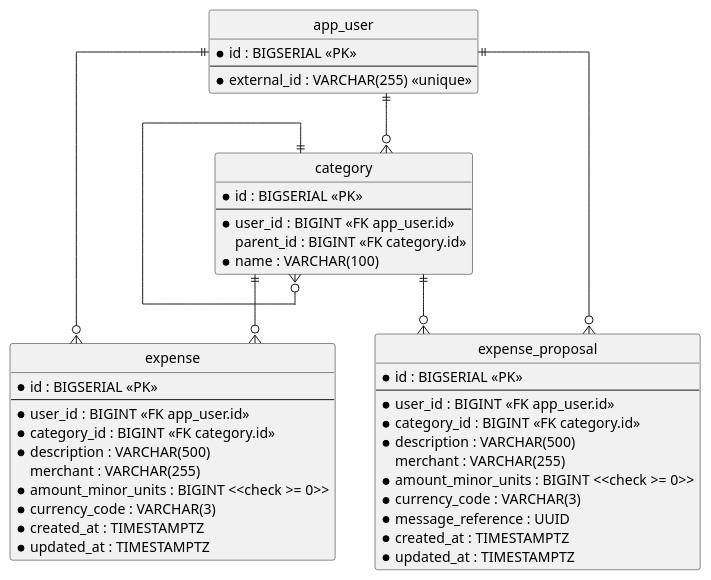
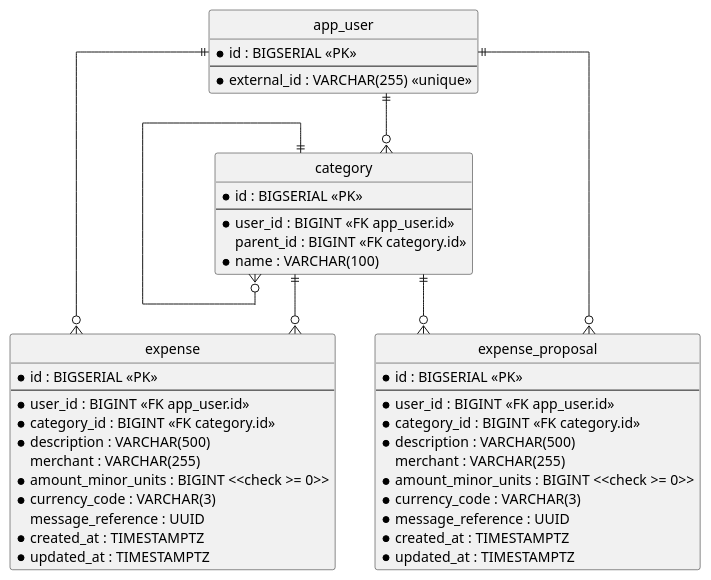
Before and after one commit to ds-usova/finance-bot: the diagram in ledger-service/docs/contracts/out/database.md, drawn with PlantUML. The commit also changed other lines of this file and 88 other files, not shown here.

````diff
--- a/ledger-service/docs/contracts/out/database.md
+++ b/ledger-service/docs/contracts/out/database.md
@@ -14,54 +14,55 @@
 ```plantuml
 @startuml ledger-schema
 hide circle
 skinparam linetype ortho
 
 entity "app_user" as app_user {
   * id : BIGSERIAL <<PK>>
   --
   * external_id : VARCHAR(255) <<unique>>
 }
 
 entity "category" as category {
   * id : BIGSERIAL <<PK>>
   --
   * user_id : BIGINT <<FK app_user.id>>
   parent_id : BIGINT <<FK category.id>>
   * name : VARCHAR(100)
 }
 
 entity "expense" as expense {
   * id : BIGSERIAL <<PK>>
   --
   * user_id : BIGINT <<FK app_user.id>>
   * category_id : BIGINT <<FK category.id>>
   * description : VARCHAR(500)
   merchant : VARCHAR(255)
   * amount_minor_units : BIGINT <<check >= 0>>
   * currency_code : VARCHAR(3)
+  message_reference : UUID
   * created_at : TIMESTAMPTZ
   * updated_at : TIMESTAMPTZ
 }
 
 entity "expense_proposal" as expense_proposal {
   * id : BIGSERIAL <<PK>>
   --
   * user_id : BIGINT <<FK app_user.id>>
   * category_id : BIGINT <<FK category.id>>
   * description : VARCHAR(500)
   merchant : VARCHAR(255)
   * amount_minor_units : BIGINT <<check >= 0>>
   * currency_code : VARCHAR(3)
   * message_reference : UUID
   * created_at : TIMESTAMPTZ
   * updated_at : TIMESTAMPTZ
 }
 
 app_user ||--o{ category
 category ||--o{ category
 app_user ||--o{ expense
 category ||--o{ expense
 app_user ||--o{ expense_proposal
 category ||--o{ expense_proposal
 @enduml
 ```
````
